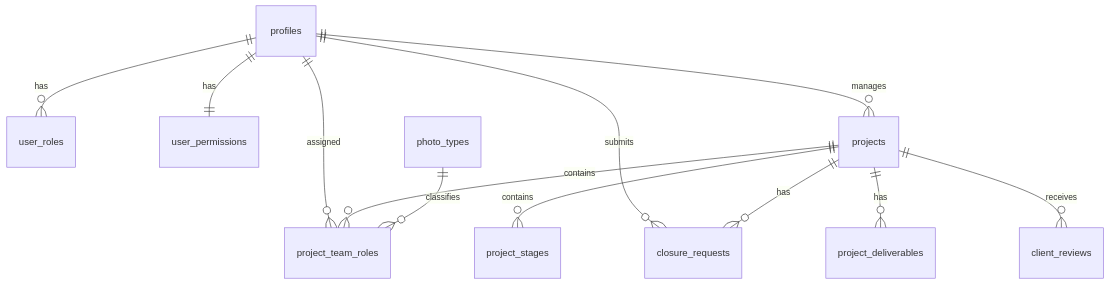
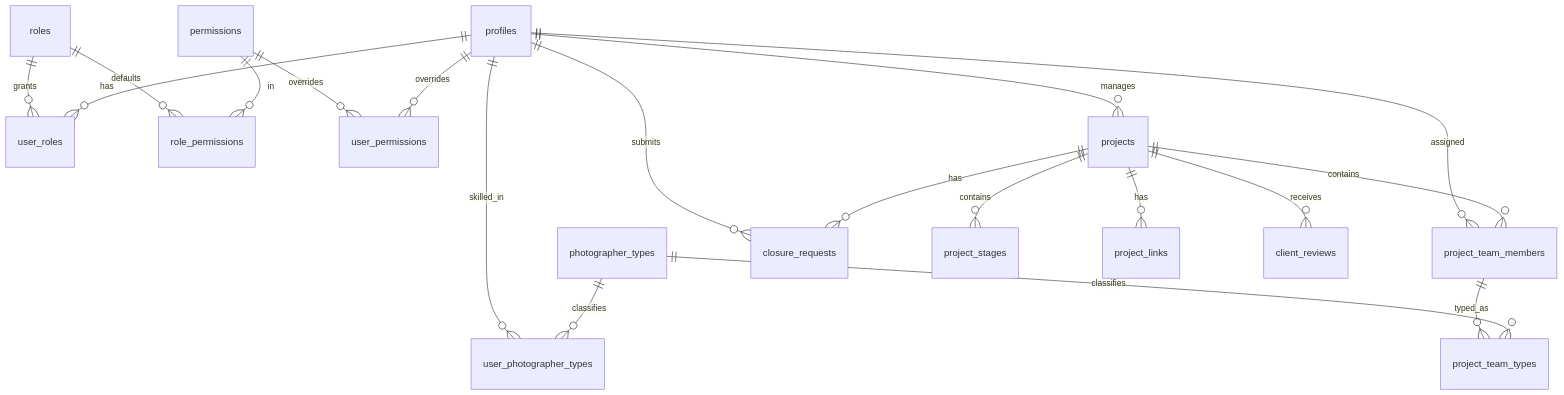
The diagram in docs/SUPABASE_SCHEMA_DRAFT.md (AJLAN0/sumou-app), drawn with Mermaid before and after one commit. The commit also changed other lines of this file and 3 other files, not shown here.

````diff
--- a/docs/SUPABASE_SCHEMA_DRAFT.md
+++ b/docs/SUPABASE_SCHEMA_DRAFT.md
@@ -185,14 +223,21 @@
 ```mermaid
 erDiagram
+  roles ||--o{ user_roles : grants
+  roles ||--o{ role_permissions : defaults
+  permissions ||--o{ role_permissions : in
+  permissions ||--o{ user_permissions : overrides
   profiles ||--o{ user_roles : has
-  profiles ||--|| user_permissions : has
+  profiles ||--o{ user_permissions : overrides
+  profiles ||--o{ user_photographer_types : skilled_in
+  photographer_types ||--o{ user_photographer_types : classifies
   profiles ||--o{ projects : manages
-  profiles ||--o{ project_team_roles : assigned
+  profiles ||--o{ project_team_members : assigned
   profiles ||--o{ closure_requests : submits
-  projects ||--o{ project_team_roles : contains
+  projects ||--o{ project_team_members : contains
+  project_team_members ||--o{ project_team_types : typed_as
+  photographer_types ||--o{ project_team_types : classifies
   projects ||--o{ project_stages : contains
   projects ||--o{ closure_requests : has
-  projects ||--o{ project_deliverables : has
+  projects ||--o{ project_links : has
   projects ||--o{ client_reviews : receives
-  photo_types ||--o{ project_team_roles : classifies
 ```
````
